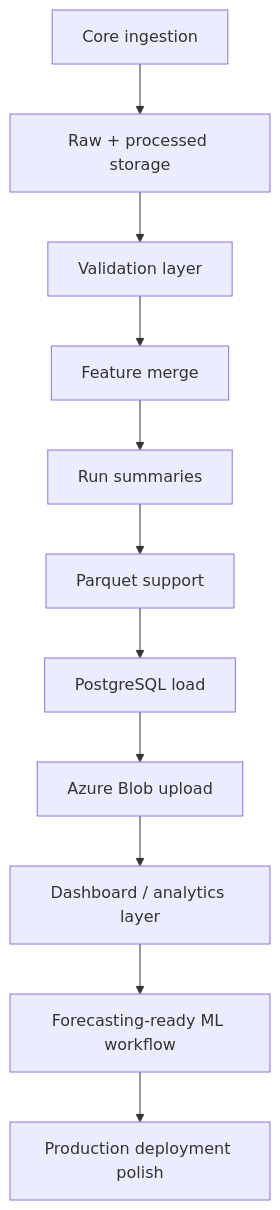
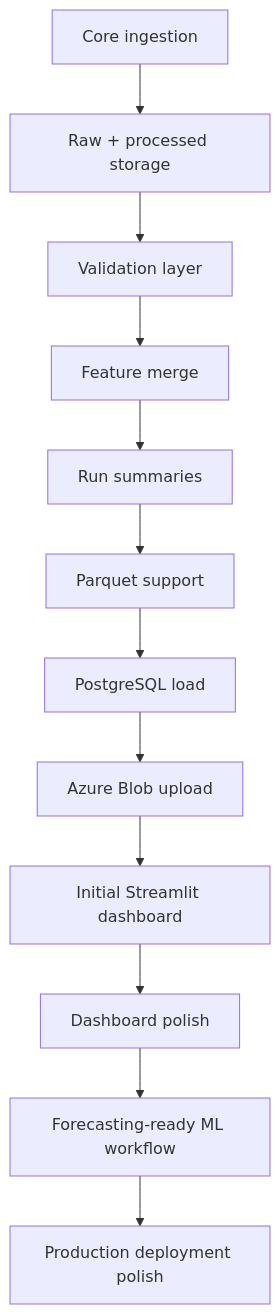
Before and after one commit to Ai-C-12/Electricity-Demand-Data-Pipeline: the second of 2 diagrams in README.md, drawn with Mermaid. The commit also changed other lines of this file, not shown here.

````diff
--- a/README.md
+++ b/README.md
@@ -574,13 +619,14 @@
 ```mermaid
 flowchart TD
     A[Core ingestion] --> B[Raw + processed storage]
     B --> C[Validation layer]
     C --> D[Feature merge]
     D --> E[Run summaries]
     E --> F[Parquet support]
     F --> G[PostgreSQL load]
     G --> H[Azure Blob upload]
-    H --> I[Dashboard / analytics layer]
-    I --> J[Forecasting-ready ML workflow]
-    J --> K[Production deployment polish]
+    H --> I[Initial Streamlit dashboard]
+    I --> J[Dashboard polish]
+    J --> K[Forecasting-ready ML workflow]
+    K --> L[Production deployment polish]
 ```
````
